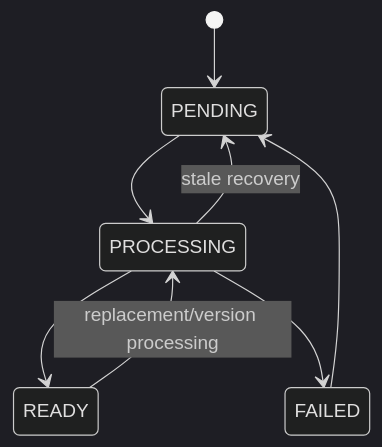
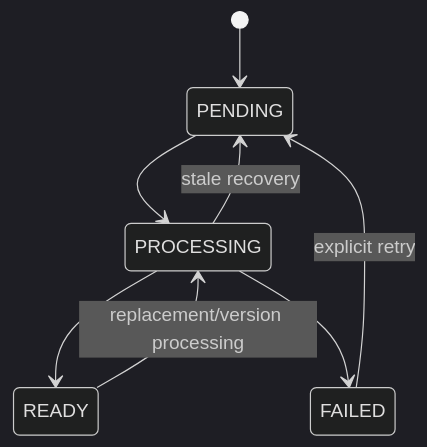
One commit to Sujeet-Kona/NEXORA changed the fourth of 8 diagrams in README.md. Above: the diagram before and after it, drawn with Mermaid (dark theme). The commit also changed other lines of this file, not shown here.

````diff
--- a/README.md
+++ b/README.md
@@ -137,10 +175,10 @@
 ```mermaid
 stateDiagram-v2
     [*] --> PENDING
     PENDING --> PROCESSING
     PROCESSING --> READY
     PROCESSING --> FAILED
-    FAILED --> PENDING
+    FAILED --> PENDING : explicit retry
     PROCESSING --> PENDING : stale recovery
     READY --> PROCESSING : replacement/version processing
 ```
````
